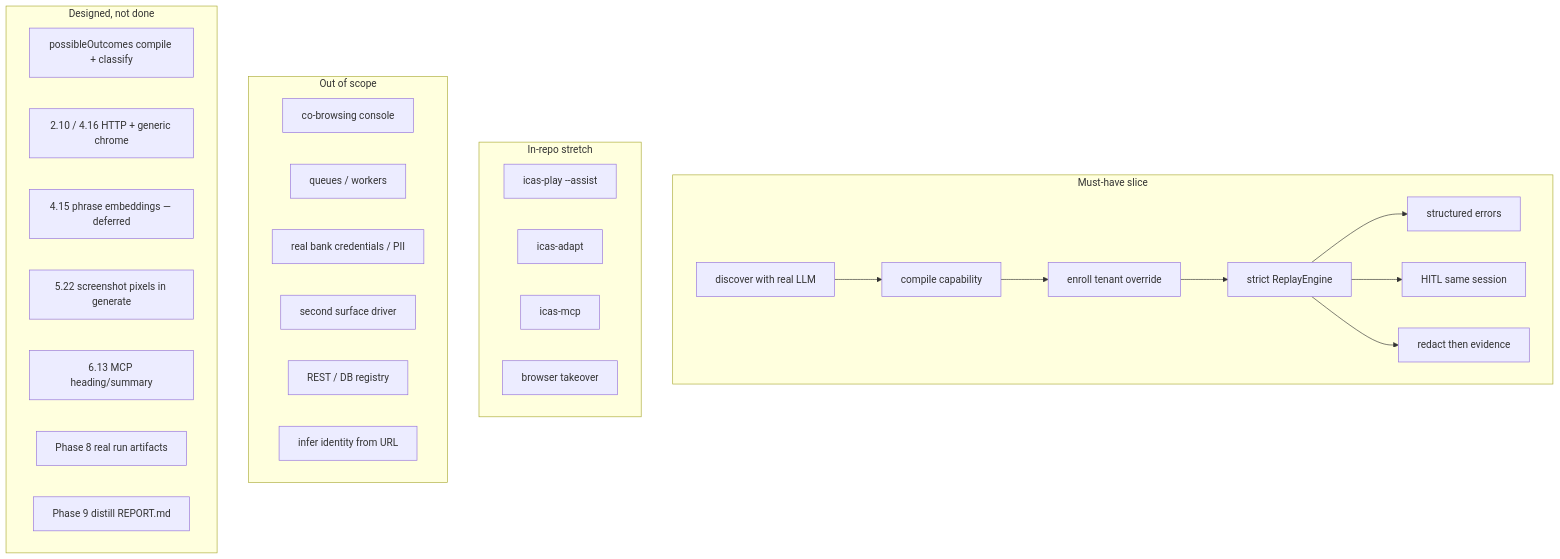
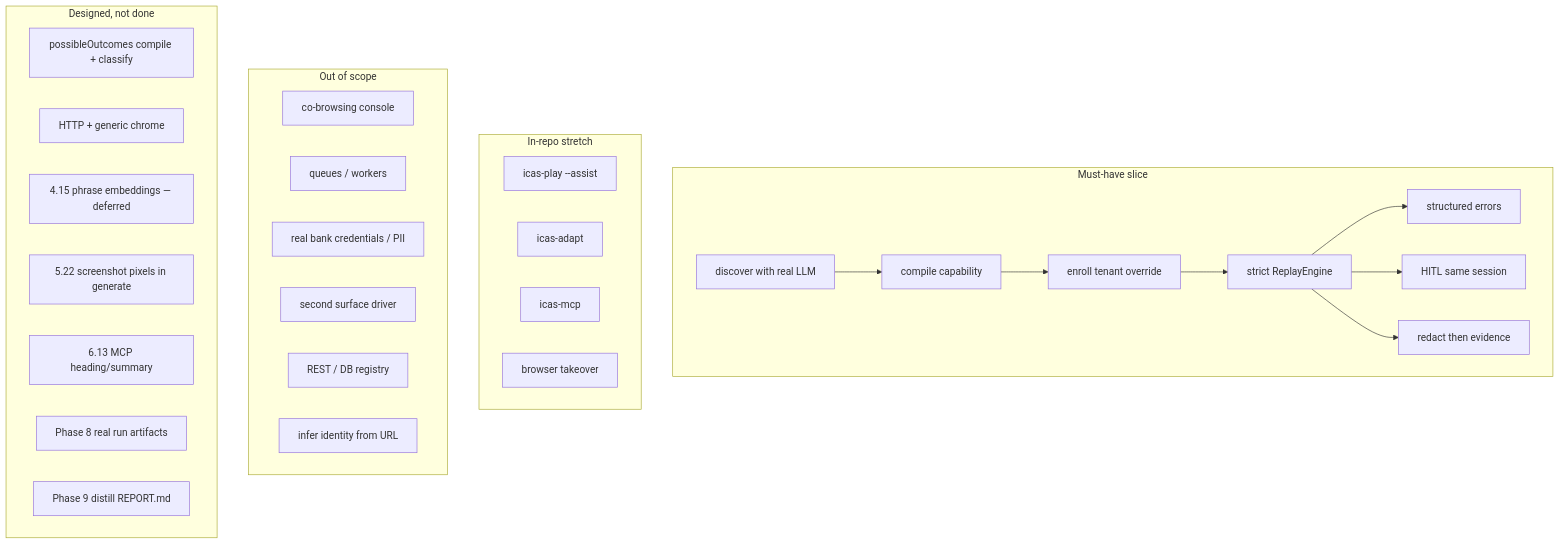
One commit to ankinelaturu/icas changed diagram 17 of 17 in docs/00-system-design.md. Above: the diagram before and after it, drawn with Mermaid. The commit also changed other lines of this file and 4 other files, not shown here.

First line of the commit message:
feat(replay): fail on document 403/404 then generic chrome

````diff
--- a/docs/00-system-design.md
+++ b/docs/00-system-design.md
@@ -634,42 +634,42 @@
 ```mermaid
 flowchart TB
   subgraph must["Must-have slice"]
     m1[discover with real LLM]
     m2[compile capability]
     m3[enroll tenant override]
     m4[strict ReplayEngine]
     m5[structured errors]
     m6[HITL same session]
     m7[redact then evidence]
     m1 --> m2 --> m3 --> m4
     m4 --> m5
     m4 --> m6
     m4 --> m7
   end
 
   subgraph stretch["In-repo stretch"]
     s1["icas-play --assist"]
     s2[icas-adapt]
     s3[icas-mcp]
     s4[browser takeover]
   end
 
   subgraph out["Out of scope"]
     o1[co-browsing console]
     o2[queues / workers]
     o3[real bank credentials / PII]
     o4[second surface driver]
     o5[REST / DB registry]
     o6[infer identity from URL]
   end
 
   subgraph remaining["Designed, not done"]
     r1["possibleOutcomes compile + classify"]
-    r2["2.10 / 4.16 HTTP + generic chrome"]
+    r2["HTTP + generic chrome"]
     r3["4.15 phrase embeddings — deferred"]
     r4["5.22 screenshot pixels in generate"]
     r5["6.13 MCP heading/summary"]
     r6["Phase 8 real run artifacts"]
     r7["Phase 9 distill REPORT.md"]
   end
 ```
````
